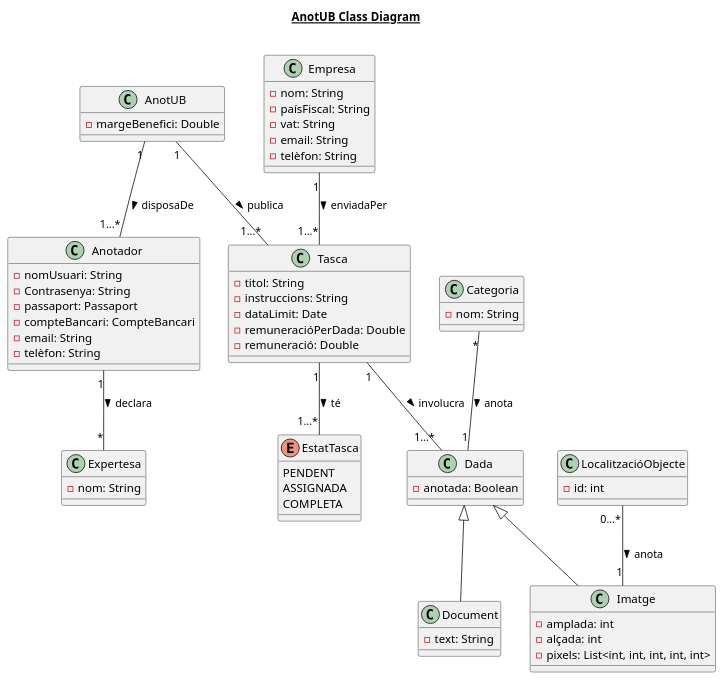
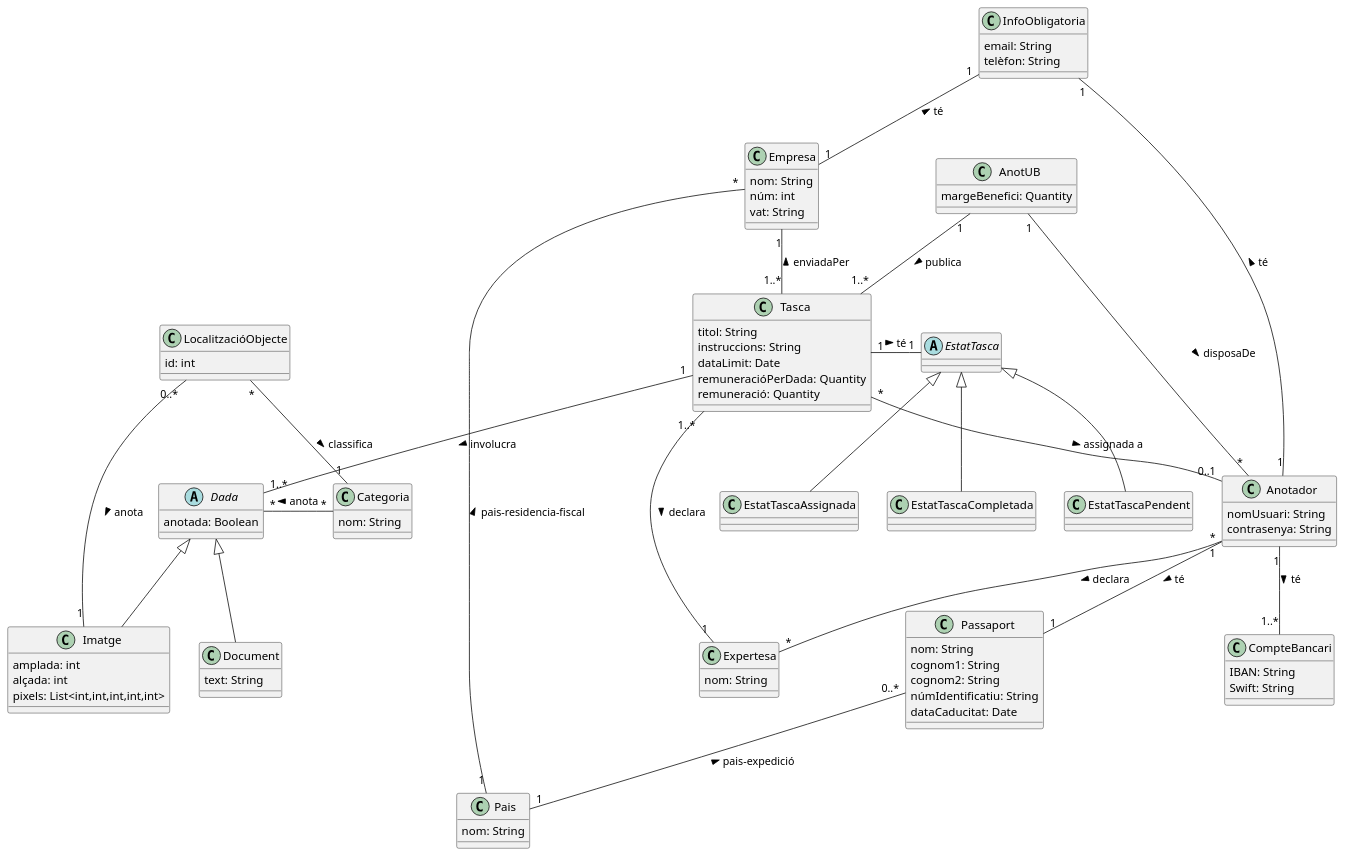
The diagram in doc/DSAnotUB.puml (ElenaaDalmau/DS_1), drawn with PlantUML before and after one commit. The commit also changed 9 other files, not shown here.

```diff
--- a/doc/DSAnotUB.puml
+++ b/doc/DSAnotUB.puml
@@ -1,78 +1,122 @@
 @startuml
 
-title __AnotUB Class Diagram__\n
+class AnotUB  {
+    margeBenefici: Quantity
+}
 
-    class AnotUB{
-	- margeBenefici: Double
-	}
+class Empresa  {
+    nom: String
+    núm: int
+    vat: String
+}
 
-    class Empresa{
-	- nom: String
-	- paísFiscal: String
-	- vat: String
-	- email: String
-	- telèfon: String
-	}
 
-    class Anotador{
-	- nomUsuari: String
-	- Contrasenya: String
-	- passaport: Passaport
-	- compteBancari: CompteBancari
-	- email: String
-	- telèfon: String
-	}
+class Pais{
+    nom: String
+}
 
-     class Tasca{
-	- titol: String
-	- instruccions: String
-	- dataLimit: Date
-	- remuneracióPerDada: Double
-	- remuneració: Double
-	}
+class CompteBancari{
+    IBAN: String
+    Swift: String
+}
 
-     class Dada{
-	- anotada: Boolean
-	}
+class Passaport{
+    nom: String
+    cognom1: String
+    cognom2: String
+    númIdentificatiu: String
+    dataCaducitat: Date
+}
 
-     class Categoria{
-	- nom: String
-	}
+class Anotador  {
+    nomUsuari: String
+    contrasenya: String
+}
 
-     enum EstatTasca{
-	PENDENT
-	ASSIGNADA
-	COMPLETA
-	}
+class InfoObligatoria{
+    email: String
+    telèfon: String
+}
 
-     class Expertesa{
-	- nom: String
-	}
+class Tasca  {
+    titol: String
+    instruccions: String
+    dataLimit: Date
+    remuneracióPerDada: Quantity
+    remuneració: Quantity
+}
 
-     class Imatge{
-	- amplada: int
-	- alçada: int
-	- pixels: List<int, int, int, int, int>
-	}
+abstract Dada  {
+    anotada: Boolean
+}
 
-     class Document{
-	- text: String
-	}
+class Imatge  {
+    amplada: int
+    alçada: int
+    pixels: List<int,int,int,int,int>
+}
 
-     class LocalitzacióObjecte{
-	- id: int
-	}
+abstract EstatTasca {
+}
 
-  AnotUB "1" -- "1...*" Anotador : disposaDe >
-  AnotUB "1" -- "1...*" Tasca : publica >
-  Anotador "1" -- "*" Expertesa : declara >
-  Empresa "1" -- "1...*" Tasca : enviadaPer >
-  Tasca "1" -- "1...*" Dada : involucra >
-  Tasca "1" -- "1...*" EstatTasca : té >
-  Categoria "*" -- "1" Dada : anota >
-  LocalitzacióObjecte "0...*" -- "1" Imatge : anota >
+class EstatTascaPendent{
+}
 
-  Dada <|-- Imatge
-  Dada <|-- Document
-  
+class EstatTascaAssignada{
+}
+
+class EstatTascaCompletada{
+}
+
+class Document  {
+    text: String
+}
+
+class Categoria  {
+    nom: String
+}
+
+class LocalitzacióObjecte  {
+    id: int
+}
+
+class Expertesa  {
+    nom: String
+}
+
+AnotUB "1" -- "1..*" Tasca: publica >
+AnotUB "1" -- "*" Anotador: disposaDe >
+
+Empresa "1" -- "1..*" Tasca: enviadaPer <
+Empresa "*" -- "1" Pais: pais-residencia-fiscal <
+
+
+Anotador "*" -- "*"  Expertesa: declara >
+Anotador "1" -- "1..*" CompteBancari: té >
+Anotador "1" -- "1" Passaport: té >
+Passaport "0..*" -- "1" Pais: pais-expedició <
+
+
+Categoria "*" -l- "*" Dada: anota >
+LocalitzacióObjecte "0..*" -r- "1" Imatge: anota >
+LocalitzacióObjecte "*" -- "1" Categoria: classifica >
+
+InfoObligatoria "1" -- "1" Anotador: té <
+InfoObligatoria "1" -- "1" Empresa: té <
+
+
+Imatge -u-|> Dada
+Document -u-|> Dada
+EstatTascaPendent -u-|> EstatTasca
+EstatTascaAssignada -u-|> EstatTasca
+EstatTascaCompletada -u-|> EstatTasca
+
+Tasca "1" -- "1..*" Dada: involucra >
+
+Tasca "1" -r- "1" EstatTasca: té >
+
+Tasca "1..*" -- "1" Expertesa: declara >
+
+Tasca "*" -- "0..1" Anotador: assignada a >
+
 @enduml
```
